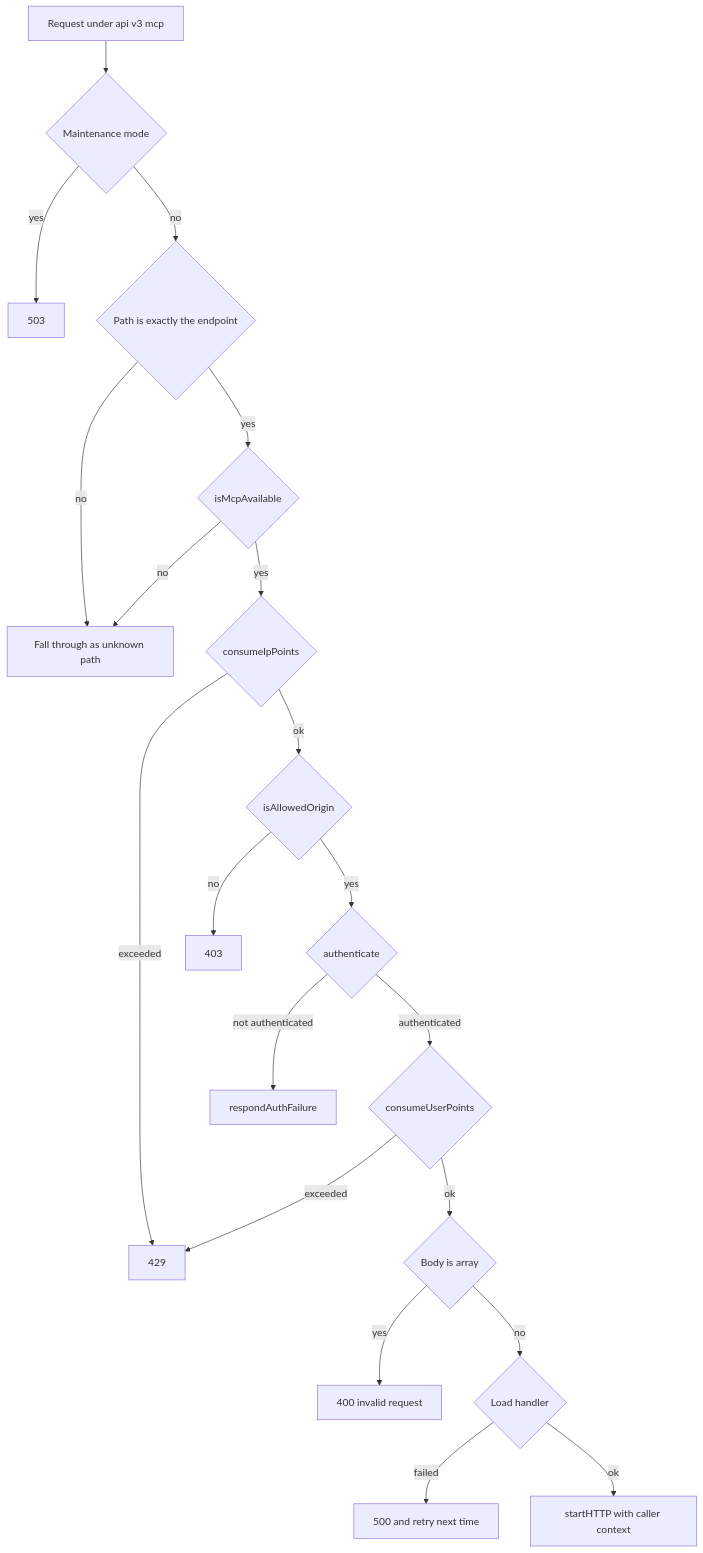
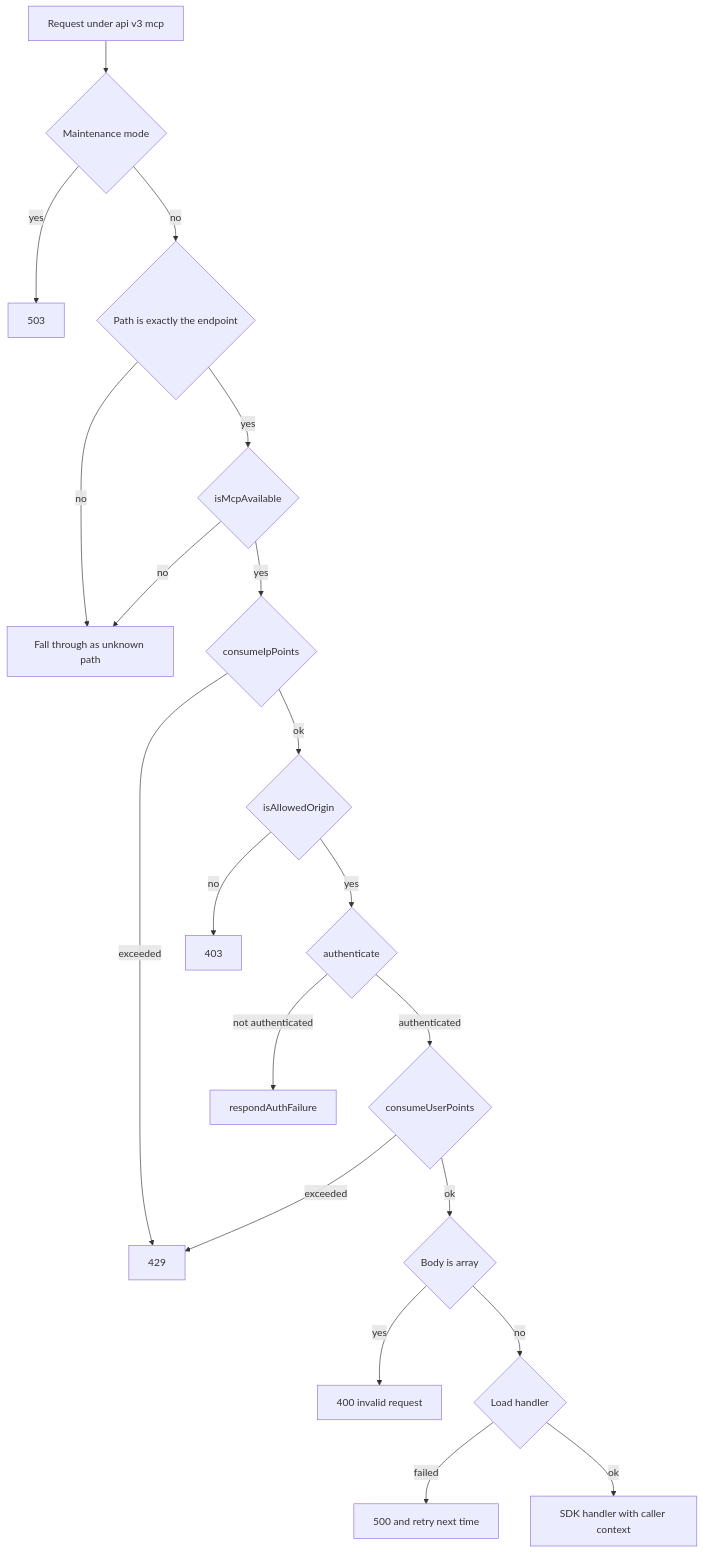
Before and after one commit to growilabs/growi: the second of 3 diagrams in .kiro/specs/remote-mcp-server-route/design.md, drawn with Mermaid. The commit also changed other lines of this file and 4 other files, not shown here.

````diff
--- a/.kiro/specs/remote-mcp-server-route/design.md
+++ b/.kiro/specs/remote-mcp-server-route/design.md
@@ -228,22 +230,22 @@
 ```mermaid
 flowchart TD
     Start[Request under api v3 mcp] --> Maint{Maintenance mode}
     Maint -->|yes| R503[503]
     Maint -->|no| Exact{Path is exactly the endpoint}
     Exact -->|no| Fall
     Exact -->|yes| Enabled{isMcpAvailable}
     Enabled -->|no| Fall[Fall through as unknown path]
     Enabled -->|yes| IpLimit{consumeIpPoints}
     IpLimit -->|exceeded| R429
     IpLimit -->|ok| OriginQ{isAllowedOrigin}
     OriginQ -->|no| R403[403]
     OriginQ -->|yes| AuthQ{authenticate}
     AuthQ -->|not authenticated| R401[respondAuthFailure]
     AuthQ -->|authenticated| Limit{consumeUserPoints}
     Limit -->|exceeded| R429[429]
     Limit -->|ok| Batch{Body is array}
     Batch -->|yes| R400[400 invalid request]
     Batch -->|no| Load{Load handler}
     Load -->|failed| R500[500 and retry next time]
-    Load -->|ok| Dispatch[startHTTP with caller context]
+    Load -->|ok| Dispatch[SDK handler with caller context]
 ```
````
